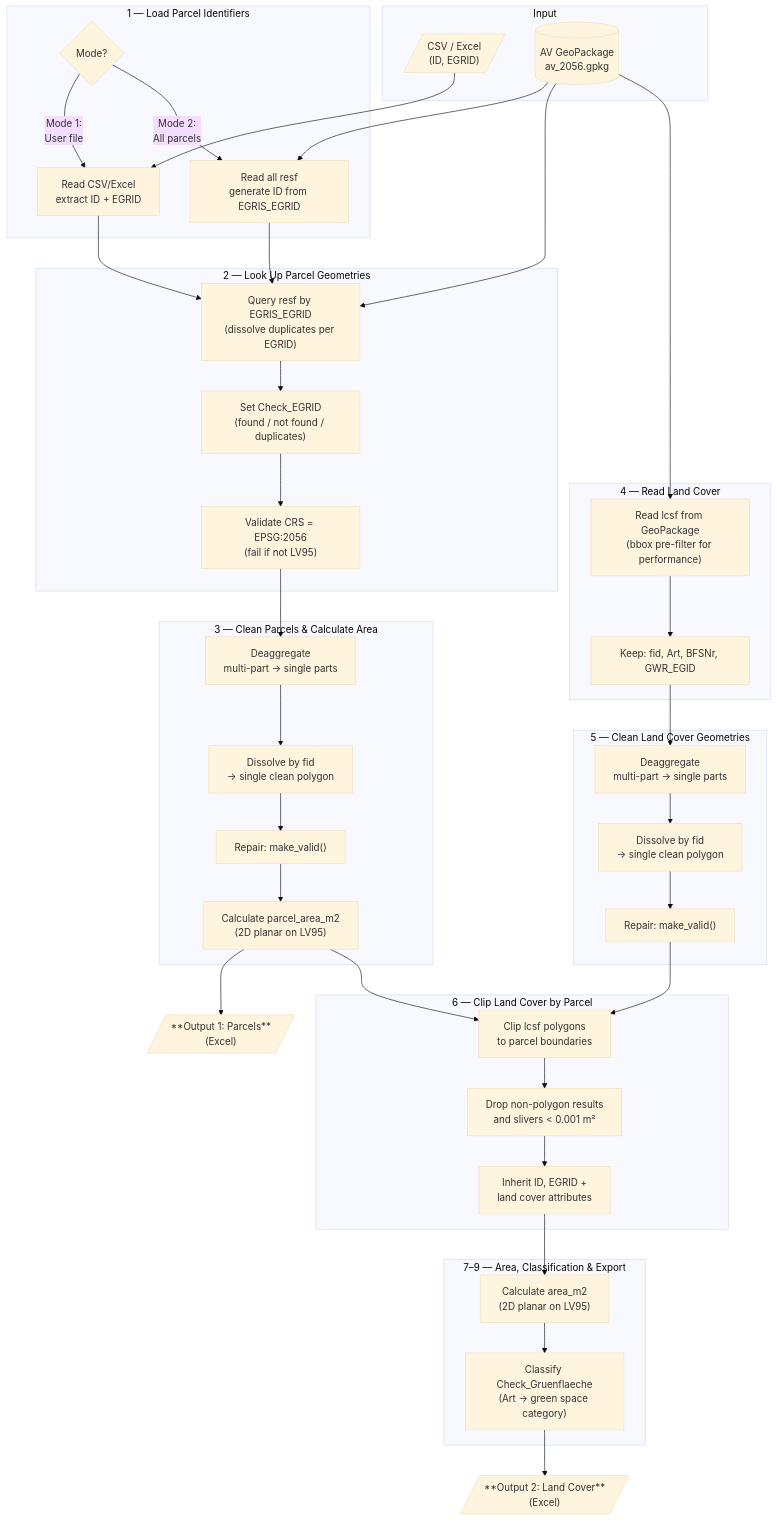
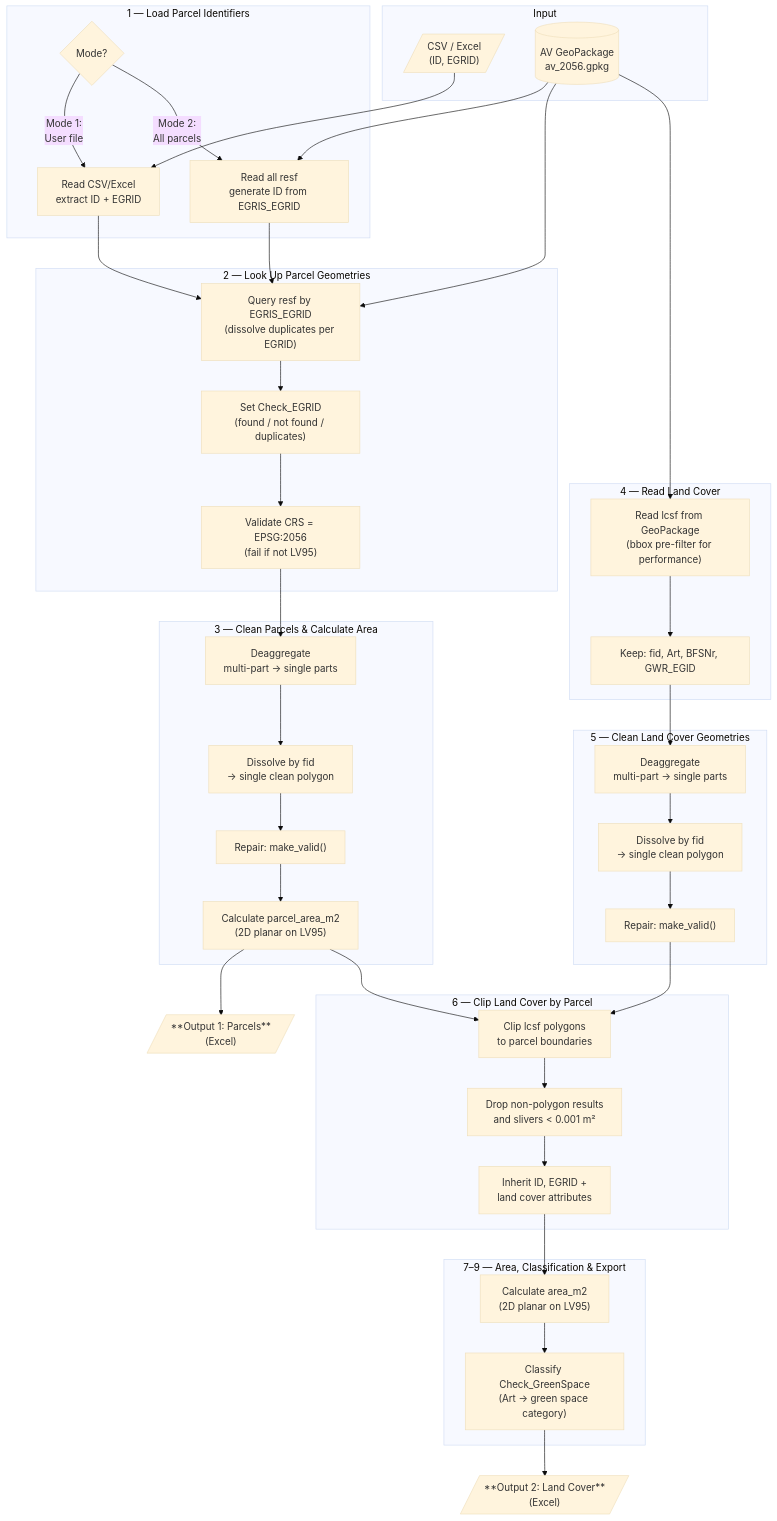
The diagram in docs/REQUIREMENTS.md (bbl-dres/landcover-survey), drawn with Mermaid (base theme) before and after one commit. The commit also changed other lines of this file and 4 other files, not shown here.

````diff
--- a/docs/REQUIREMENTS.md
+++ b/docs/REQUIREMENTS.md
@@ -218,76 +225,76 @@
 ```mermaid
 flowchart TD
     subgraph Input
         A1[/"CSV / Excel\n(ID, EGRID)"/]
         A2[("AV GeoPackage\nav_2056.gpkg")]
     end
 
     subgraph "1 — Load Parcel Identifiers"
         B1{"Mode?"}
         B1 -->|"Mode 1:\nUser file"| B2["Read CSV/Excel\nextract ID + EGRID"]
         B1 -->|"Mode 2:\nAll parcels"| B3["Read all resf\ngenerate ID from EGRIS_EGRID"]
     end
 
     A1 --> B2
     A2 --> B3
 
     subgraph "2 — Look Up Parcel Geometries"
         C1["Query resf by EGRIS_EGRID\n(dissolve duplicates per EGRID)"]
         C2["Set Check_EGRID\n(found / not found / duplicates)"]
         C3["Validate CRS = EPSG:2056\n(fail if not LV95)"]
         C1 --> C2 --> C3
     end
 
     B2 --> C1
     B3 --> C1
     A2 --> C1
 
     subgraph "3 — Clean Parcels & Calculate Area"
         D1["Deaggregate\nmulti-part → single parts"]
         D2["Dissolve by fid\n→ single clean polygon"]
         D3["Repair: make_valid()"]
         D4["Calculate parcel_area_m2\n(2D planar on LV95)"]
         D1 --> D2 --> D3 --> D4
     end
 
     C3 --> D1
 
     D4 --> OUT1[/"**Output 1: Parcels**\n(Excel)"/]
 
     subgraph "4 — Read Land Cover"
         E1["Read lcsf from GeoPackage\n(bbox pre-filter for performance)"]
         E2["Keep: fid, Art, BFSNr, GWR_EGID"]
         E1 --> E2
     end
 
     A2 --> E1
 
     subgraph "5 — Clean Land Cover Geometries"
         F1["Deaggregate\nmulti-part → single parts"]
         F2["Dissolve by fid\n→ single clean polygon"]
         F3["Repair: make_valid()"]
         F1 --> F2 --> F3
     end
 
     E2 --> F1
 
     subgraph "6 — Clip Land Cover by Parcel"
         G1["Clip lcsf polygons\nto parcel boundaries"]
         G2["Drop non-polygon results\nand slivers < 0.001 m²"]
         G3["Inherit ID, EGRID +\nland cover attributes"]
         G1 --> G2 --> G3
     end
 
     D4 --> G1
     F3 --> G1
 
     subgraph "7–9 — Area, Classification & Export"
         H1["Calculate area_m2\n(2D planar on LV95)"]
-        H2["Classify Check_Gruenflaeche\n(Art → green space category)"]
+        H2["Classify Check_GreenSpace\n(Art → green space category)"]
         H1 --> H2
     end
 
     G3 --> H1
 
     H2 --> OUT2[/"**Output 2: Land Cover**\n(Excel)"/]
 ```
````
